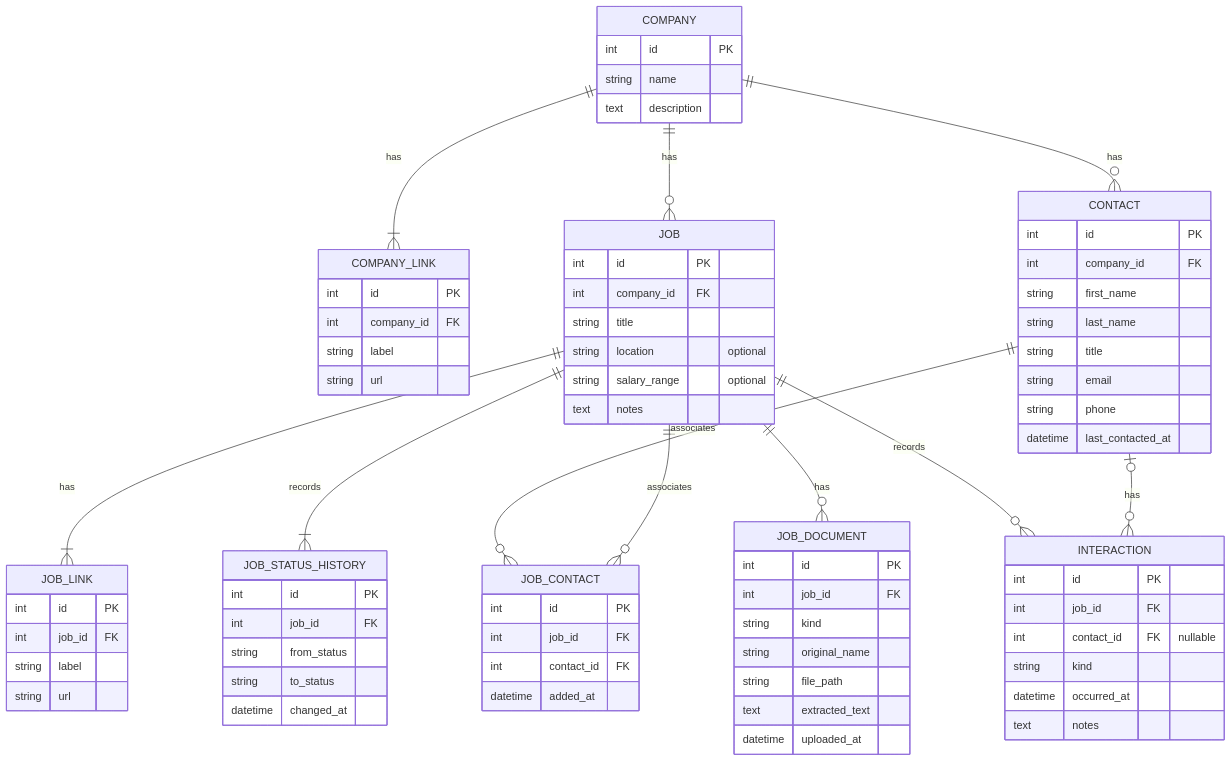
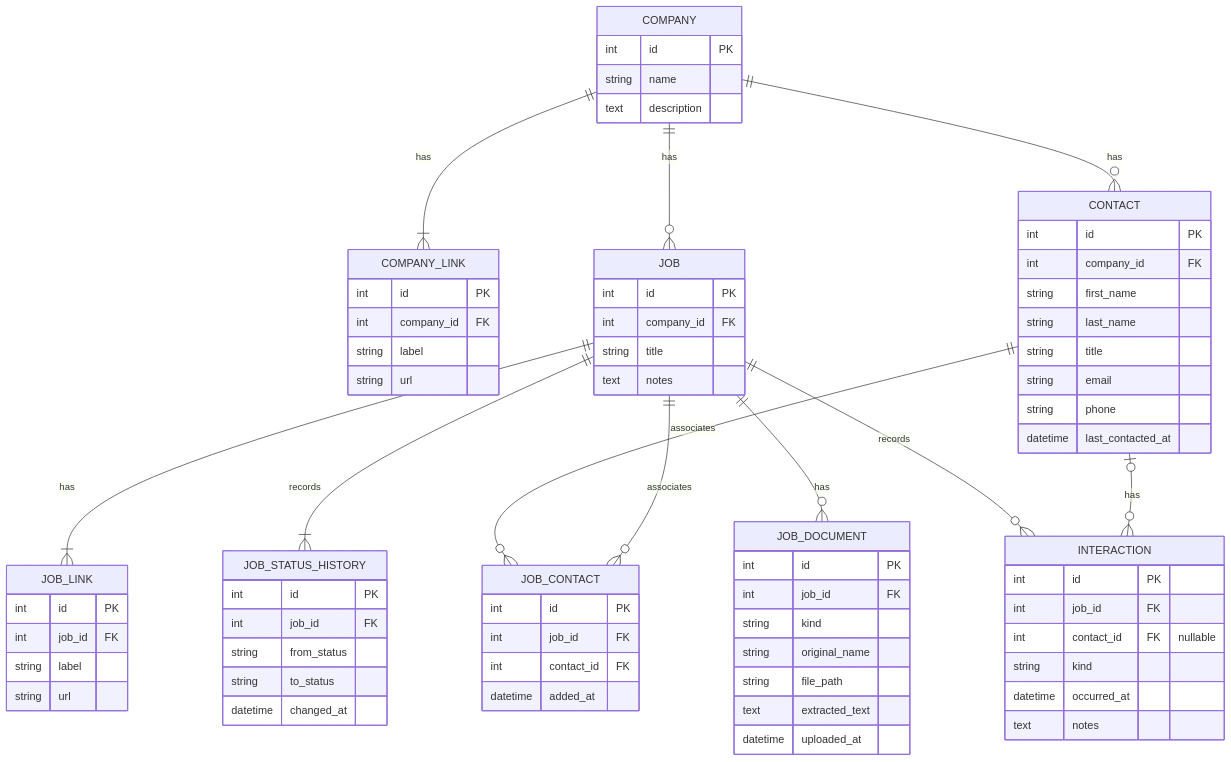
One commit to 44digits/next-role changed the diagram in plan.md. Above: the diagram before and after it, drawn with Mermaid. The commit also changed other lines of this file and 5 other files, not shown here.

```diff
--- a/plan.md
+++ b/plan.md
@@ -27,8 +27,6 @@
         int id PK
         int company_id FK
         string title
-        string location "optional"
-        string salary_range "optional"
         text notes
     }
 
```
